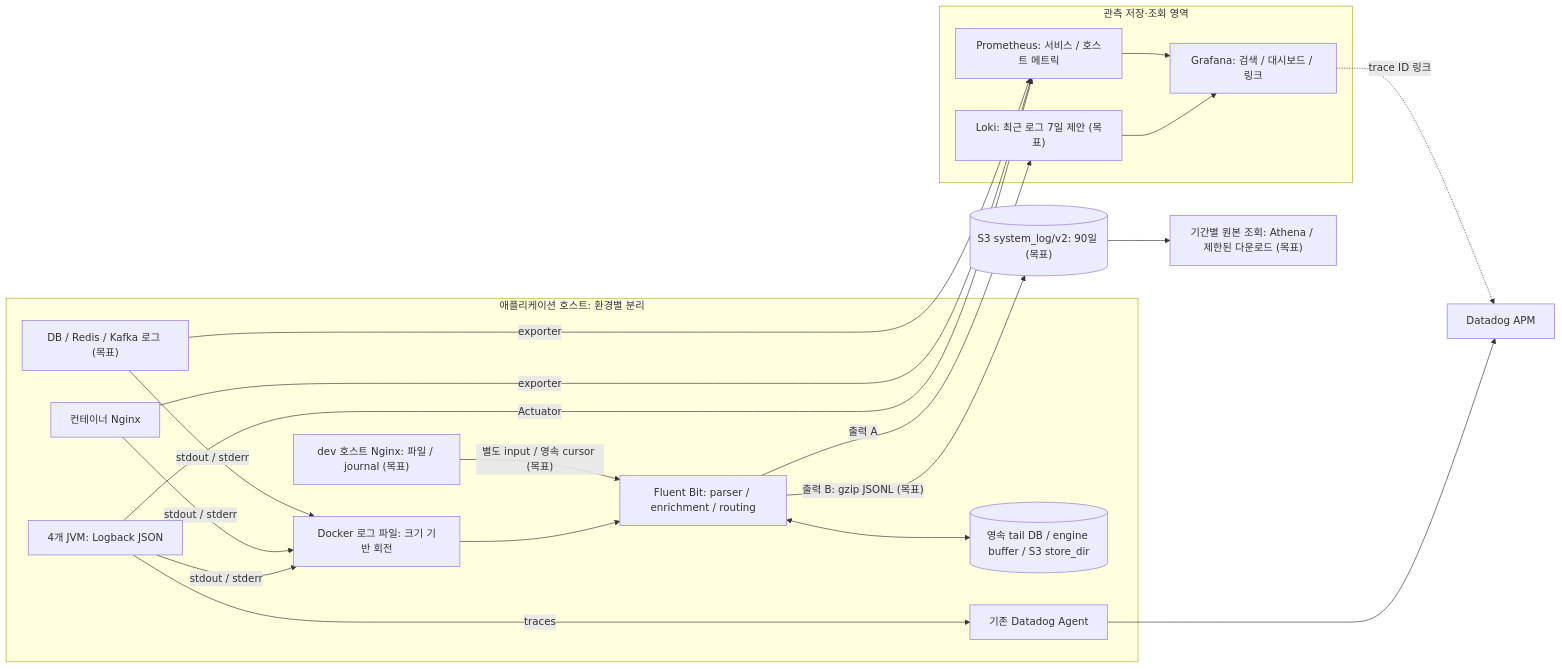
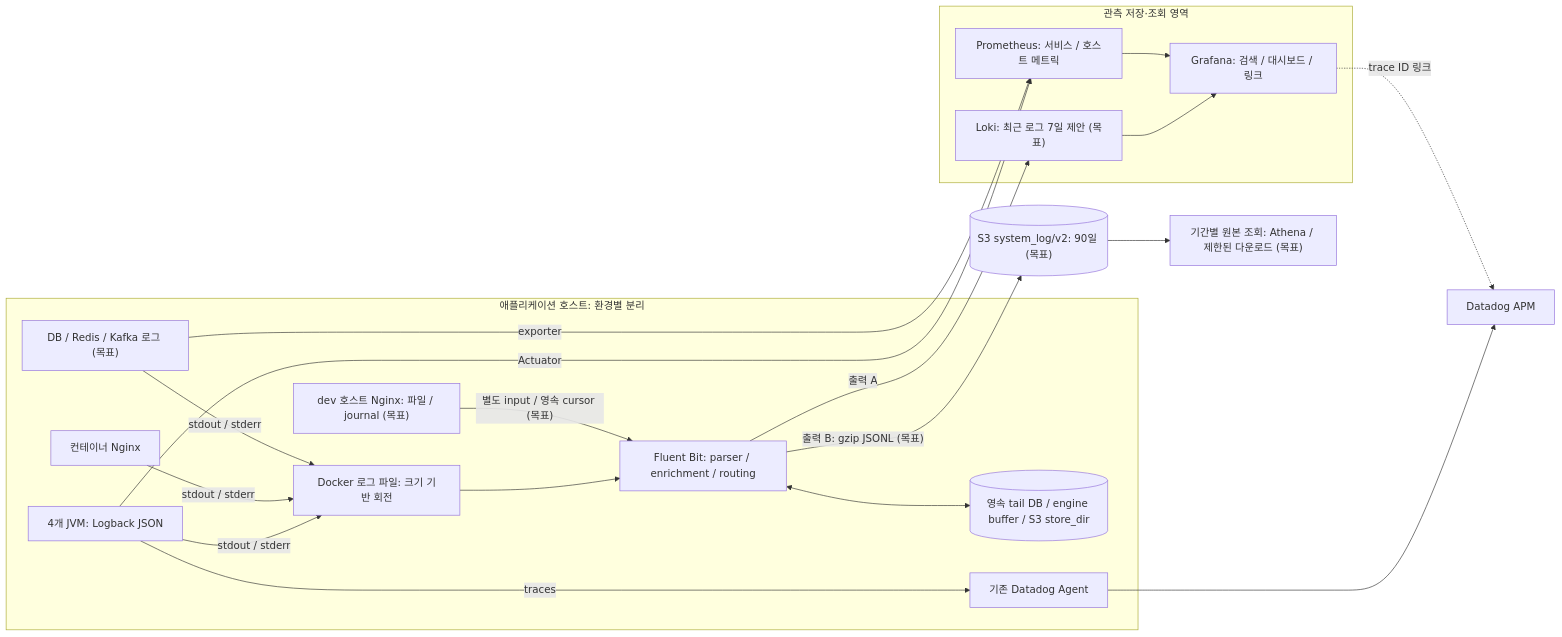
Before and after one commit to OneOrThree/phone: the second of 8 diagrams in docs/architecture/server-log-observability/README.md, drawn with Mermaid. The commit also changed other lines of this file and 1 other file, not shown here.

Commit message:
[CHORE] GROMO-2580 근거 없는 Nginx exporter 엣지를 지우고 «(목표)» 가 로그 수집 기준임을 밝힌다

````diff
--- a/docs/architecture/server-log-observability/README.md
+++ b/docs/architecture/server-log-observability/README.md
@@ -85,35 +85,34 @@
 ```mermaid
 flowchart LR
     subgraph HOST[애플리케이션 호스트: 환경별 분리]
         JVM[4개 JVM: Logback JSON]
         INF[컨테이너 Nginx]
         INF2["DB / Redis / Kafka 로그 (목표)"]
         HNG["dev 호스트 Nginx: 파일 / journal (목표)"]
         DOCKER[Docker 로그 파일: 크기 기반 회전]
         FB[Fluent Bit: parser / enrichment / routing]
         DISK[(영속 tail DB / engine buffer / S3 store_dir)]
         AGENT[기존 Datadog Agent]
         JVM -->|stdout / stderr| DOCKER
         INF -->|stdout / stderr| DOCKER
         INF2 -->|stdout / stderr| DOCKER
         DOCKER --> FB
         HNG -->|"별도 input / 영속 cursor (목표)"| FB
         FB <--> DISK
         JVM -->|traces| AGENT
     end
     subgraph OBS[관측 저장·조회 영역]
         LK["Loki: 최근 로그 7일 제안 (목표)"]
         GF[Grafana: 검색 / 대시보드 / 링크]
         PR[Prometheus: 서비스 / 호스트 메트릭]
         LK --> GF
         PR --> GF
     end
     FB -->|출력 A| LK
     FB -->|"출력 B: gzip JSONL (목표)"| S3[("S3 system_log/v2: 90일 (목표)")]
     AGENT --> DD[Datadog APM]
     GF -. trace ID 링크 .-> DD
     S3 --> ARCH["기간별 원본 조회: Athena / 제한된 다운로드 (목표)"]
     JVM -->|Actuator| PR
-    INF -->|exporter| PR
     INF2 -->|exporter| PR
 ```
````
